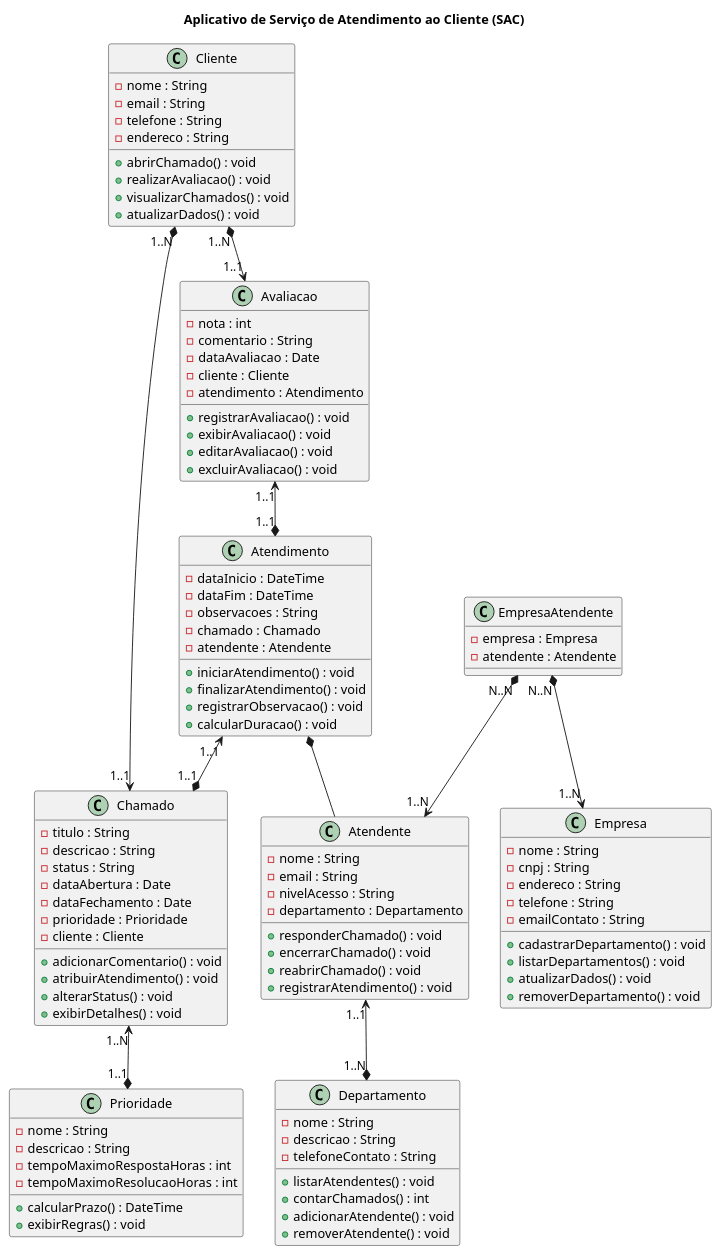
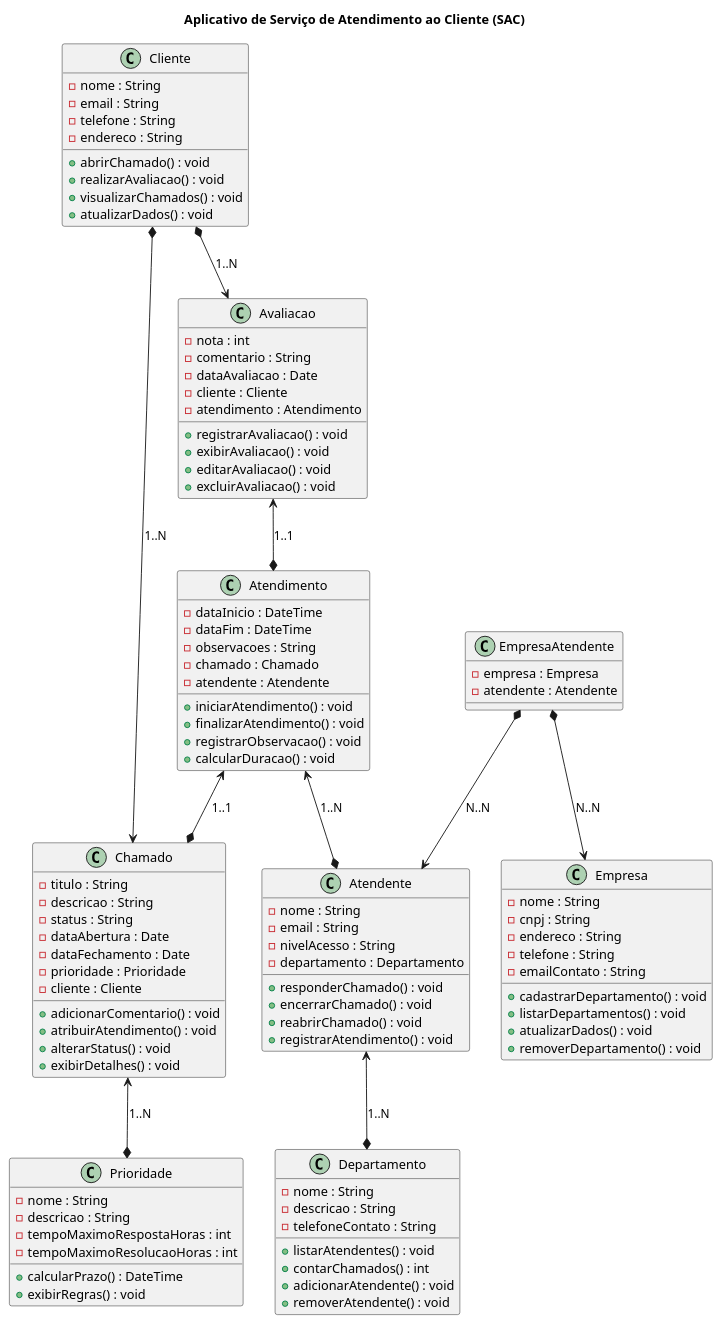
The diagram in docs/diagrama.plantuml (anleaes/2025-2-SDM-Sexta-Manha-ZS-14), drawn with PlantUML before and after one commit. The commit also changed 1 other file, not shown here.

```diff
--- a/docs/diagrama.plantuml
+++ b/docs/diagrama.plantuml
@@ -1,114 +1,114 @@
 @startuml
 title Aplicativo de Serviço de Atendimento ao Cliente (SAC)
 
 class Cliente {
   - nome : String
   - email : String
   - telefone : String
   - endereco : String
   + abrirChamado() : void
   + realizarAvaliacao() : void
   + visualizarChamados() : void
   + atualizarDados() : void
 }
 
 class Chamado {
   - titulo : String
   - descricao : String
   - status : String
   - dataAbertura : Date
   - dataFechamento : Date
   - prioridade : Prioridade
   - cliente : Cliente
   + adicionarComentario() : void
   + atribuirAtendimento() : void
   + alterarStatus() : void
   + exibirDetalhes() : void
 }
 
 class Prioridade {
   - nome : String
   - descricao : String
   - tempoMaximoRespostaHoras : int
   - tempoMaximoResolucaoHoras : int
   + calcularPrazo() : DateTime
   + exibirRegras() : void
 }
 
 
 
 
 class Departamento {
   - nome : String
   - descricao : String
   - telefoneContato : String
   + listarAtendentes() : void
   + contarChamados() : int
   + adicionarAtendente() : void
   + removerAtendente() : void
 }
 
 class Atendimento {
   - dataInicio : DateTime
   - dataFim : DateTime
   - observacoes : String
   - chamado : Chamado
   - atendente : Atendente
   + iniciarAtendimento() : void
   + finalizarAtendimento() : void
   + registrarObservacao() : void
   + calcularDuracao() : void
 }
 
 class Empresa {
   - nome : String
   - cnpj : String
   - endereco : String
   - telefone : String
   - emailContato : String
   + cadastrarDepartamento() : void
   + listarDepartamentos() : void
   + atualizarDados() : void
   + removerDepartamento() : void
 }
 
 class EmpresaAtendente {
   - empresa : Empresa
   - atendente : Atendente
 }
 
 class Atendente {
   - nome : String
   - email : String
   - nivelAcesso : String
   - departamento : Departamento
   + responderChamado() : void
   + encerrarChamado() : void
   + reabrirChamado() : void
   + registrarAtendimento() : void
 }
 
 class Avaliacao {
   - nota : int
   - comentario : String
   - dataAvaliacao : Date
   - cliente : Cliente
   - atendimento : Atendimento
   + registrarAvaliacao() : void
   + exibirAvaliacao() : void
   + editarAvaliacao() : void
   + excluirAvaliacao() : void
 }
 
 ' ---- RELACIONAMENTOS ----
-Cliente "1..N" *--> "1..1" Chamado 
-Cliente "1..N" *--> "1..1" Avaliacao 
-Avaliacao "1..1" <--* "1..1" Atendimento 
-Atendente "1..1" <--* "1..N" Departamento
-Atendimento "1..1" <--* "1..1" Chamado 
-Atendimento *-- Atendente
-EmpresaAtendente "N..N" *--> "1..N" Atendente 
-EmpresaAtendente "N..N" *--> "1..N" Empresa 
-Chamado "1..N" <--* "1..1" Prioridade 
+Cliente  *-->  Chamado : "1..N"
+Cliente  *-->  Avaliacao : "1..N"
+Avaliacao  <--*  Atendimento : "1..1"
+Atendente  <--*  Departamento : "1..N"
+Atendimento  <--*  Chamado : "1..1"
+Atendimento <--* Atendente : "1..N"
+EmpresaAtendente  *-->  Atendente : "N..N"
+EmpresaAtendente  *-->  Empresa : "N..N"
+Chamado  <--*  Prioridade : "1..N"
 
 @enduml
```
